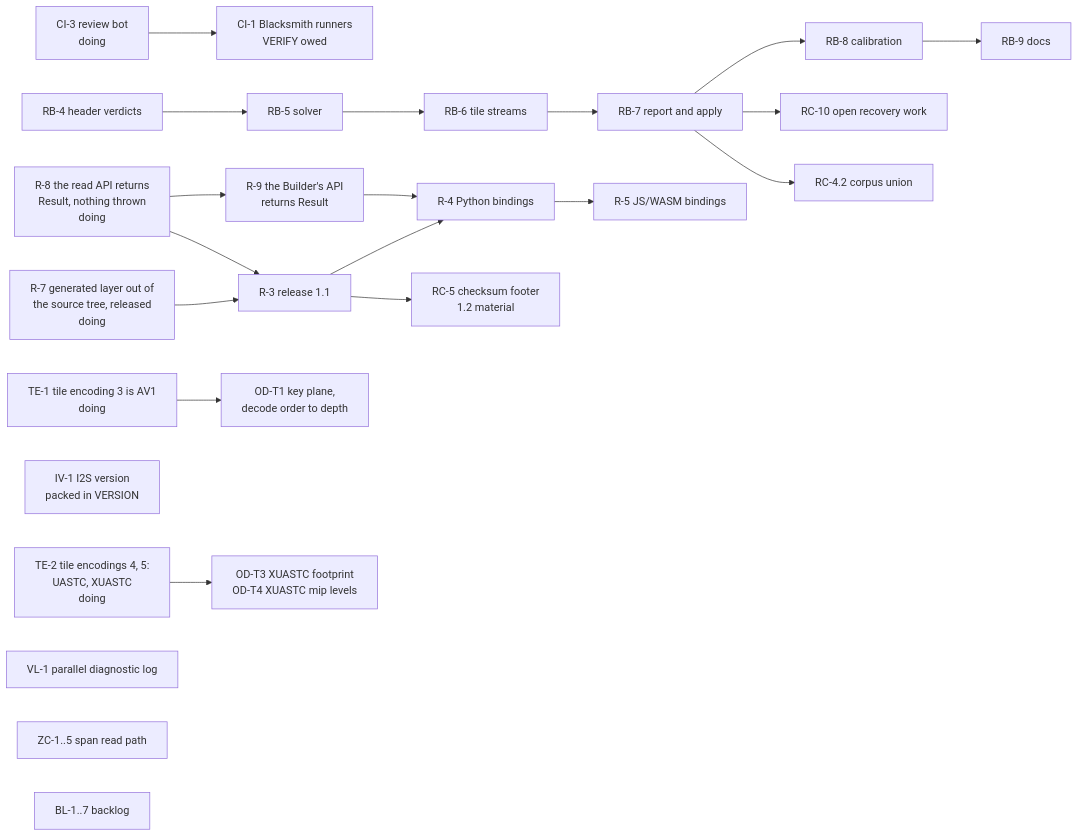
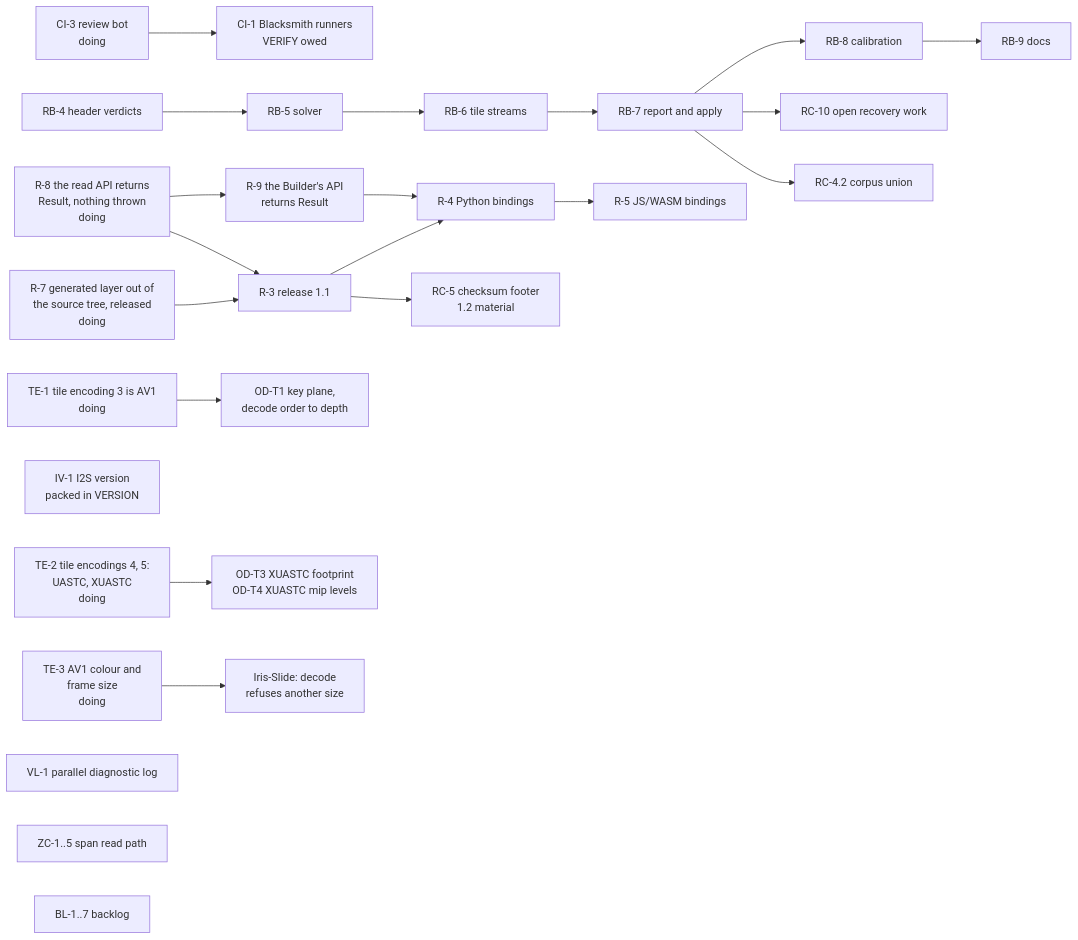
One commit to Aptix-Bio/Iris-File-Extension changed the diagram in development/WBS.md. Above: the diagram before and after it, drawn with Mermaid. The commit also changed other lines of this file and 3 other files, not shown here.

First line of the commit message:
Av1ColorAndSize_TE-3: AV1 tiles declare BT.601 full-range colour and frames of TILE_LENGTH square in their first sequence header (red)

````diff
--- a/development/WBS.md
+++ b/development/WBS.md
@@ -40,24 +40,25 @@
 ```mermaid
 flowchart LR
     CI3["CI-3 review bot<br/>doing"] --> CI1["CI-1 Blacksmith runners<br/>VERIFY owed"]
     RB4["RB-4 header verdicts"] --> RB5["RB-5 solver"]
     RB5 --> RB6["RB-6 tile streams"]
     RB6 --> RB7["RB-7 report and apply"]
     RB7 --> RB8["RB-8 calibration"]
     RB8 --> RB9["RB-9 docs"]
     RB7 --> RC10["RC-10 open recovery work"]
     RB7 --> RC4["RC-4.2 corpus union"]
     R3["R-3 release 1.1"] --> R4["R-4 Python bindings"]
     R4 --> R5["R-5 JS/WASM bindings"]
     R3 --> RC5["RC-5 checksum footer<br/>1.2 material"]
     R7["R-7 generated layer out of<br/>the source tree, released<br/>doing"] --> R3
     R8["R-8 the read API returns<br/>Result, nothing thrown<br/>doing"] --> R3
     R8 --> R9["R-9 the Builder's API<br/>returns Result"]
     R9 --> R4
     TE1["TE-1 tile encoding 3 is AV1<br/>doing"] --> OD["OD-T1 key plane,<br/>decode order to depth"]
     IV1["IV-1 I2S version<br/>packed in VERSION"]
     TE2["TE-2 tile encodings 4, 5:<br/>UASTC, XUASTC<br/>doing"] --> OD2["OD-T3 XUASTC footprint<br/>OD-T4 XUASTC mip levels"]
+    TE3["TE-3 AV1 colour and<br/>frame size<br/>doing"] --> ISD["Iris-Slide: decode<br/>refuses another size"]
     VL1["VL-1 parallel diagnostic log"]
     ZC["ZC-1..5 span read path"]
     BL["BL-1..7 backlog"]
 ```
````
